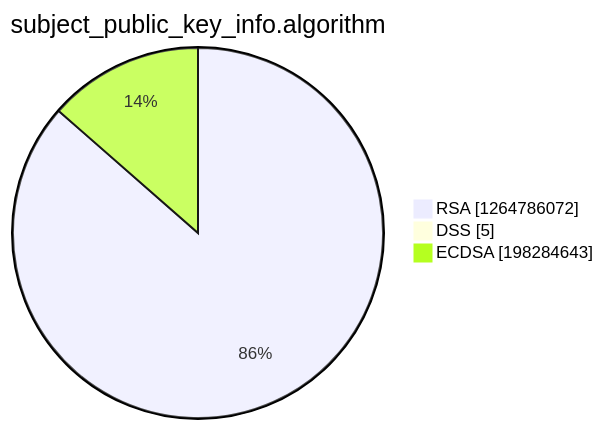
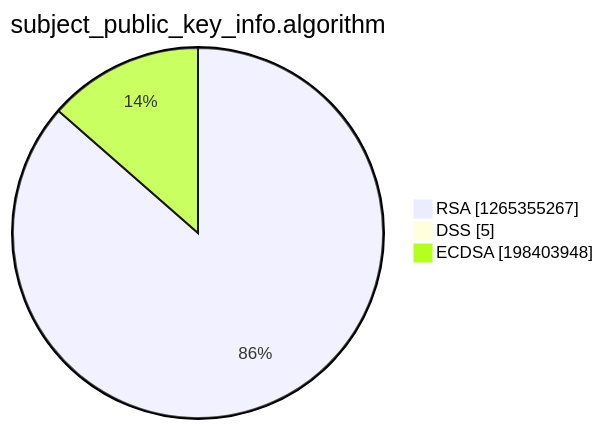
Before and after one commit to christiankrug/ctmonitor_visualization: the third of 15 diagrams in argon2022/README.md, drawn with Mermaid. The commit also changed other lines of this file, not shown here.

````diff
--- a/argon2022/README.md
+++ b/argon2022/README.md
@@ -14,7 +14,7 @@
 ```mermaid
 pie showData
 title subject_public_key_info.algorithm
-"RSA" :1264786072
+"RSA" :1265355267
 "DSS" :5
-"ECDSA" :198284643
+"ECDSA" :198403948
 ```
````
